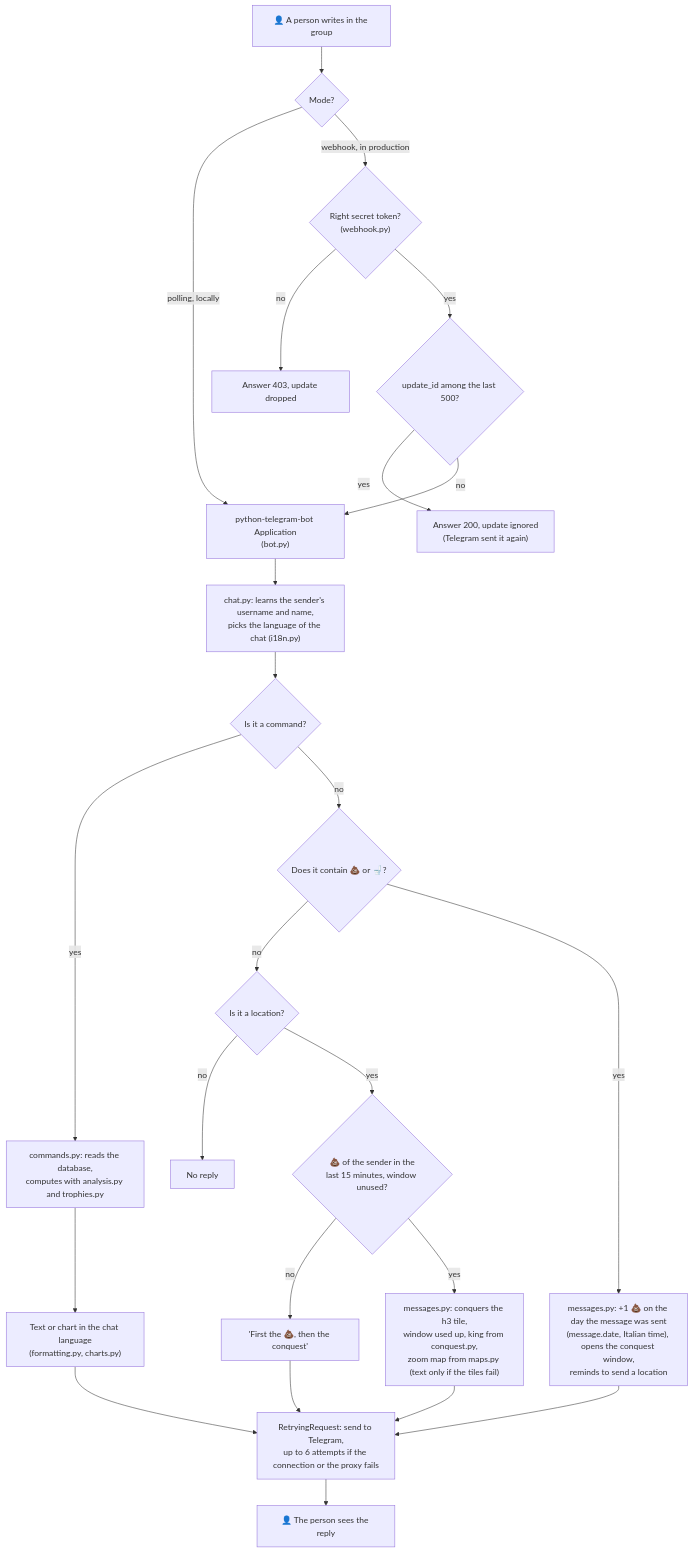
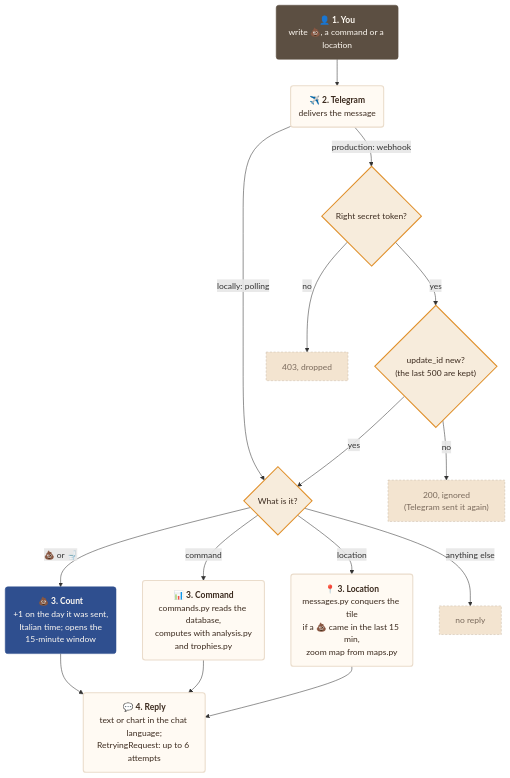
The first of 3 diagrams in docs/architecture.md (francescoperrino/Caccometro), drawn with Mermaid before and after one commit. The commit also changed other lines of this file and 10 other files, not shown here.

First line of the commit message:
Restyle the documentation diagrams and add workflow infographics (#194)

````diff
--- a/docs/architecture.md
+++ b/docs/architecture.md
@@ -48,26 +48,41 @@
 ```mermaid
 flowchart TD
-    start["👤 A person writes in the group"] --> mode{"Mode?"}
-    mode -->|"polling, locally"| app["python-telegram-bot Application<br/>(bot.py)"]
-    mode -->|"webhook, in production"| secret{"Right secret token?<br/>(webhook.py)"}
-    secret -->|"no"| refused["Answer 403, update dropped"]
-    secret -->|"yes"| seen{"update_id among the last 500?"}
-    seen -->|"yes"| skipped["Answer 200, update ignored<br/>(Telegram sent it again)"]
-    seen -->|"no"| app
-    app --> sender["chat.py: learns the sender's username and name,<br/>picks the language of the chat (i18n.py)"]
-    sender --> command{"Is it a command?"}
-    command -->|"yes"| commands["commands.py: reads the database,<br/>computes with analysis.py and trophies.py"]
-    command -->|"no"| poop{"Does it contain 💩 or 🚽?"}
-    poop -->|"no"| location{"Is it a location?"}
-    location -->|"no"| silent["No reply"]
-    location -->|"yes"| window{"💩 of the sender in the<br/>last 15 minutes, window unused?"}
-    window -->|"no"| first["'First the 💩, then the conquest'"]
-    window -->|"yes"| conquer["messages.py: conquers the h3 tile,<br/>window used up, king from conquest.py,<br/>zoom map from maps.py (text only if the tiles fail)"]
-    poop -->|"yes"| count["messages.py: +1 💩 on the day the message was sent<br/>(message.date, Italian time), opens the conquest window,<br/>reminds to send a location"]
-    commands --> output["Text or chart in the chat language<br/>(formatting.py, charts.py)"]
-    output --> send["RetryingRequest: send to Telegram,<br/>up to 6 attempts if the connection or the proxy fails"]
-    count --> send
-    first --> send
-    conquer --> send
-    send --> reply["👤 The person sees the reply"]
+    you("👤 <b>1. You</b><br/>write 💩, a command or a location")
+    tg("✈️ <b>2. Telegram</b><br/>delivers the message")
+    secret{"Right secret token?"}
+    seen{"update_id new?<br/>(the last 500 are kept)"}
+    kind{"What is it?"}
+    poop("💩 <b>3. Count</b><br/>+1 on the day it was sent,<br/>Italian time; opens the<br/>15-minute window")
+    cmd("📊 <b>3. Command</b><br/>commands.py reads the database,<br/>computes with analysis.py<br/>and trophies.py")
+    loc("📍 <b>3. Location</b><br/>messages.py conquers the tile<br/>if a 💩 came in the last 15 min,<br/>zoom map from maps.py")
+    reply("💬 <b>4. Reply</b><br/>text or chart in the chat language;<br/>RetryingRequest: up to 6 attempts")
+    r403["403, dropped"]
+    r200["200, ignored<br/>(Telegram sent it again)"]
+    silent["no reply"]
+    you --> tg
+    tg -->|"production: webhook"| secret
+    tg -->|"locally: polling"| kind
+    secret -->|"no"| r403
+    secret -->|"yes"| seen
+    seen -->|"no"| r200
+    seen -->|"yes"| kind
+    kind -->|"💩 or 🚽"| poop
+    kind -->|"command"| cmd
+    kind -->|"location"| loc
+    kind -->|"anything else"| silent
+    poop --> reply
+    cmd --> reply
+    loc --> reply
+    classDef step fill:#fffaf3,stroke:#eadccb,stroke-width:2px,color:#3b2a1e
+    classDef main fill:#2f4f8f,stroke:#2f4f8f,color:#fffaf3
+    classDef person fill:#5c4f42,stroke:#5c4f42,color:#fffaf3
+    classDef check fill:#f7ecdc,stroke:#e0902b,stroke-width:2px,color:#3b2a1e
+    classDef detail fill:#f7ecdc,stroke:#eadccb,color:#3b2a1e
+    classDef alert fill:#e0902b,stroke:#e0902b,color:#fffaf3
+    classDef stop fill:#f3e4d0,stroke:#cbbca9,stroke-dasharray:4 3,color:#7a6a5c
+    class you person
+    class tg,cmd,loc,reply step
+    class poop main
+    class secret,seen,kind check
+    class r403,r200,silent stop
 ```
````
